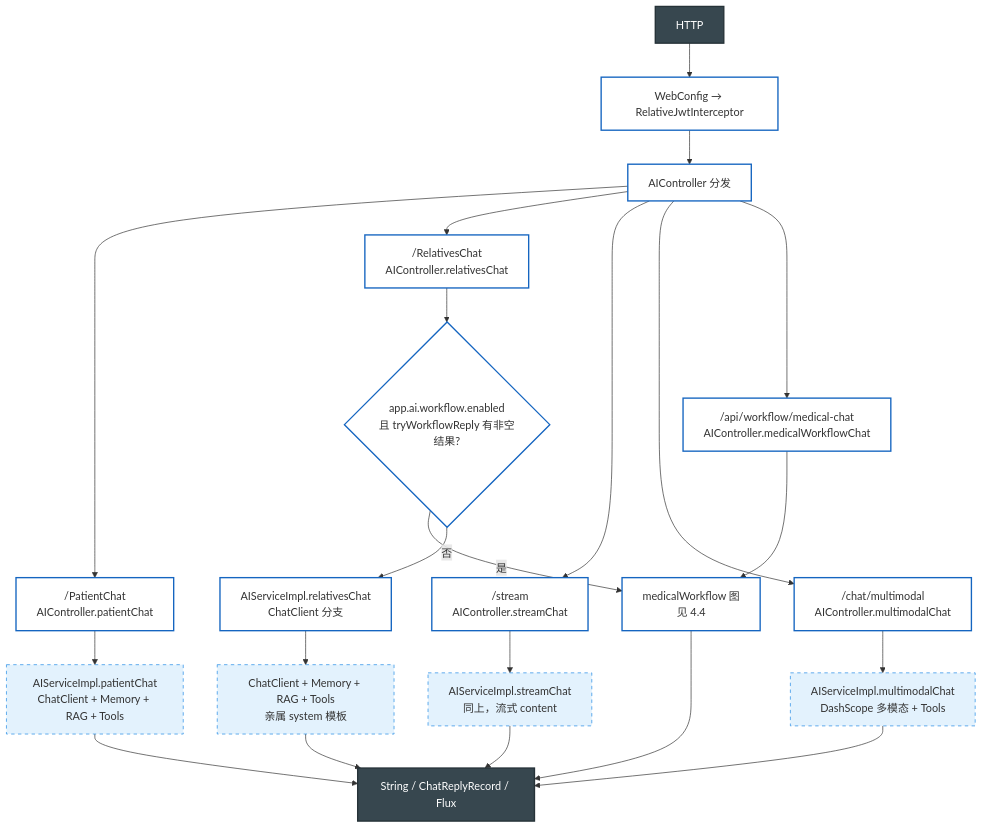
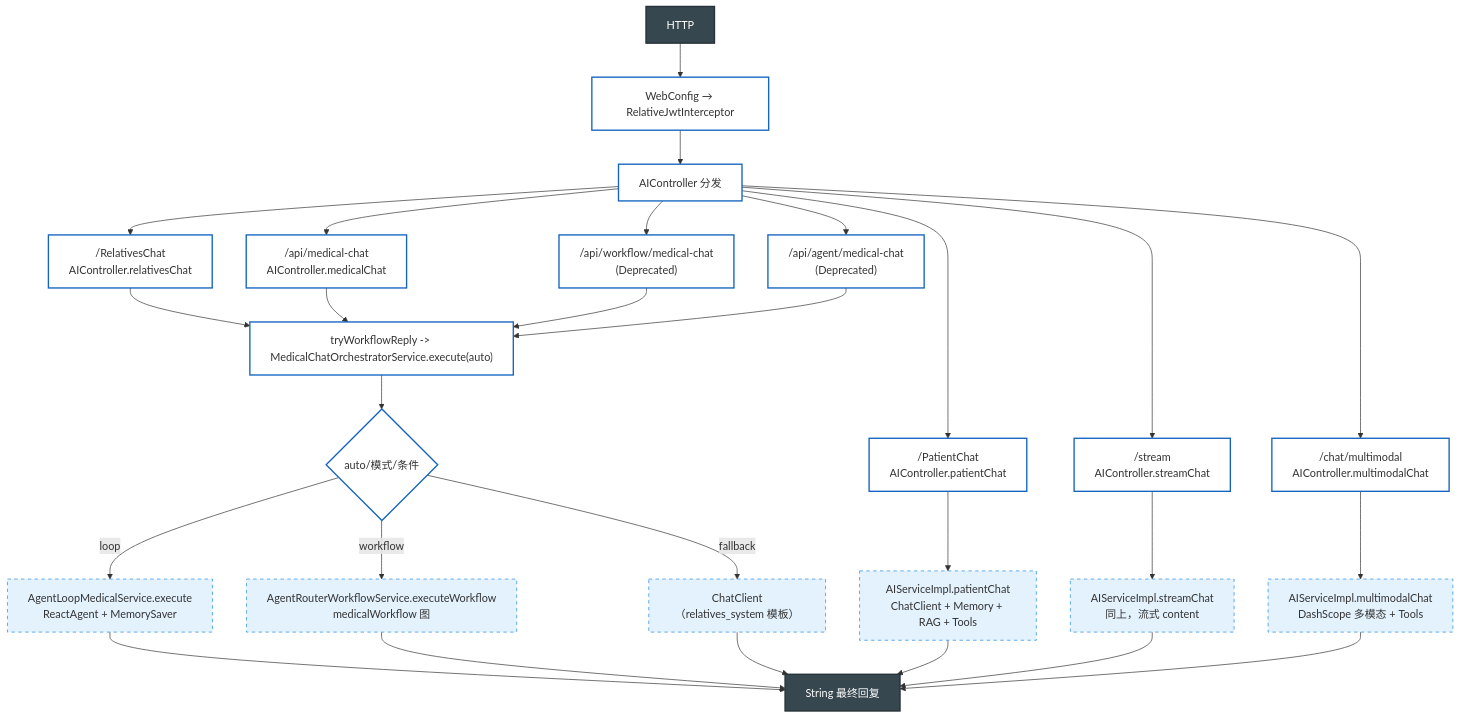
One commit to 6666ccc/SunnySide- changed the first of 5 diagrams in README.md. Above: the diagram before and after it, drawn with Mermaid. The commit also changed other lines of this file and 20 other files, not shown here.

````diff
--- a/README.md
+++ b/README.md
@@ -58,36 +60,45 @@
 ```mermaid
 flowchart TD
     %% 样式定义
     classDef start_end fill:#37474f,stroke:#263238,color:#fff,stroke-width:2px;
     classDef node_box fill:#ffffff,stroke:#1565c0,stroke-width:2px;
     classDef tool_box fill:#e3f2fd,stroke:#1e88e5,stroke-dasharray: 5 5;
 
     A[HTTP] --> B[WebConfig → RelativeJwtInterceptor]
     B --> C[AIController 分发]
     C --> P["/PatientChat<br/>AIController.patientChat"]
     C --> R["/RelativesChat<br/>AIController.relativesChat"]
     C --> ST["/stream<br/>AIController.streamChat"]
     C --> MM["/chat/multimodal<br/>AIController.multimodalChat"]
-    C --> MW["/api/workflow/medical-chat<br/>AIController.medicalWorkflowChat"]
+    C --> MD["/api/medical-chat<br/>AIController.medicalChat"]
+    C --> MW["/api/workflow/medical-chat<br/>(Deprecated)"]
+    C --> AL["/api/agent/medical-chat<br/>(Deprecated)"]
 
     P --> SP["AIServiceImpl.patientChat<br/>ChatClient + Memory + RAG + Tools"]
     ST --> SP2["AIServiceImpl.streamChat<br/>同上，流式 content"]
     MM --> SP3["AIServiceImpl.multimodalChat<br/>DashScope 多模态 + Tools"]
 
-    R --> WR{app.ai.workflow.enabled<br/>且 tryWorkflowReply 有非空结果?}
-    WR -->|是| WF["medicalWorkflow 图<br/>见 4.4"]
-    WR -->|否| SR["AIServiceImpl.relativesChat<br/>ChatClient 分支"]
-    SR --> SP4["ChatClient + Memory + RAG + Tools<br/>亲属 system 模板"]
-    MW --> WF
+    R --> ORCH["tryWorkflowReply -> MedicalChatOrchestratorService.execute(auto)"]
+    MD --> ORCH
+    MW --> ORCH
+    AL --> ORCH
 
-    WF --> OUT["String / ChatReplyRecord / Flux"]
+    ORCH --> D{auto/模式/条件}
+    D -->|loop| LOOP["AgentLoopMedicalService.execute<br/>ReactAgent + MemorySaver"]
+    D -->|workflow| WF["AgentRouterWorkflowService.executeWorkflow<br/>medicalWorkflow 图"]
+    D -->|fallback| SR["ChatClient（relatives_system 模板）"]
+
+    LOOP --> OUT["String 最终回复"]
+    WF --> OUT
+    SR --> OUT
+
     SP --> OUT
     SP2 --> OUT
     SP3 --> OUT
-    SP4 --> OUT
 
     %% 样式指派
     class A,OUT start_end;
-    class B,C,P,R,ST,MM,MW,WR,WF,SR node_box;
-    class SP,SP2,SP3,SP4 tool_box;
+    class B,C,P,R,ST,MM,MD,MW,AL,ORCH,D node_box;
+    class SP,SP2,SP3 tool_box;
+    class LOOP,WF,SR tool_box;
 ```
````
